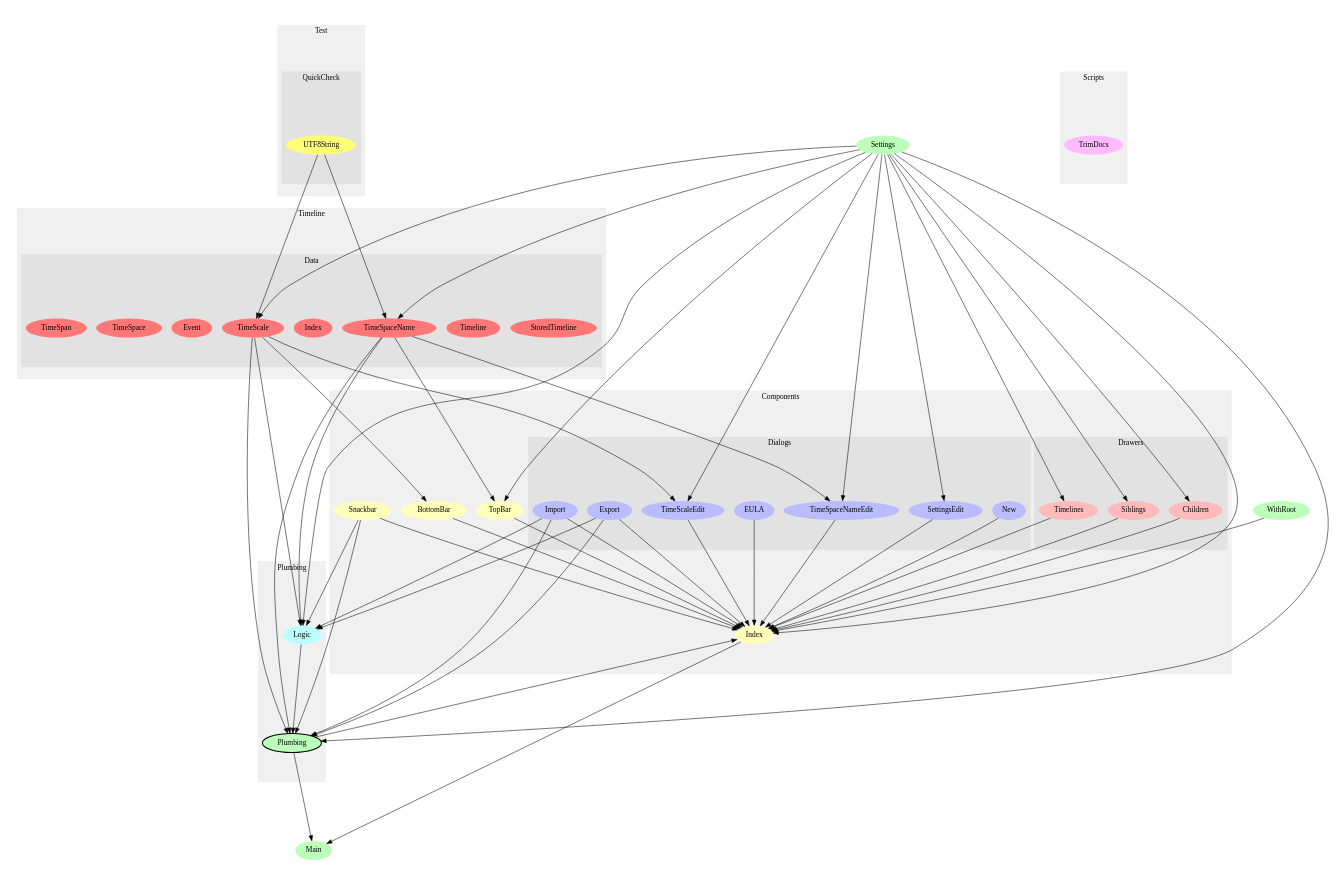
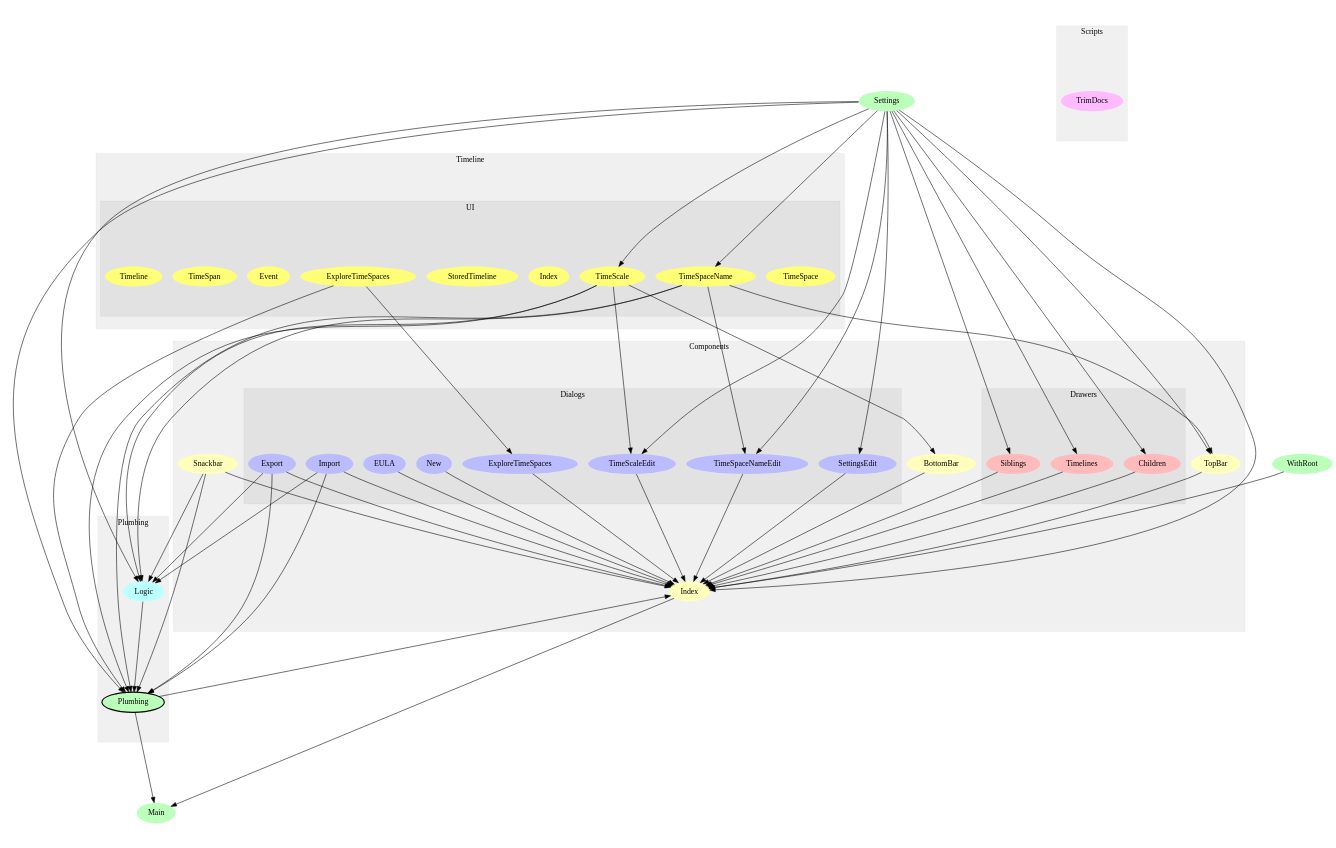
Before and after one commit to openchronology/openchronology.github.io: the diagram in graphs/modules.dot, drawn with Graphviz. The commit also changed 17 other files, not shown here.

Commit message:
TimeSpace Explorer working

```diff
--- a/graphs/modules.dot
+++ b/graphs/modules.dot
@@ -1,134 +1,124 @@
 digraph Modules {
 size="12,8";
 ratio="fill";
 u15[label="Settings",style="filled",fillcolor="#bbffbb",penwidth="0"];
-u16[label="Main",style="filled",fillcolor="#bbffbb",penwidth="0"];
-u17[label="WithRoot",style="filled",fillcolor="#bbffbb",penwidth="0"];
+u17[label="Main",style="filled",fillcolor="#bbffbb",penwidth="0"];
+u28[label="WithRoot",style="filled",fillcolor="#bbffbb",penwidth="0"];
 subgraph cluster_0 {
 label="Components";
 color="#0000000F";
 style="filled";
-u7[label="Index",style="filled",fillcolor="#ffffbb",penwidth="0"];
-u8[label="Snackbar",style="filled",fillcolor="#ffffbb",penwidth="0"];
+u0[label="BottomBar",style="filled",fillcolor="#ffffbb",penwidth="0"];
 u9[label="TopBar",style="filled",fillcolor="#ffffbb",penwidth="0"];
-u10[label="BottomBar",style="filled",fillcolor="#ffffbb",penwidth="0"];
+u10[label="Index",style="filled",fillcolor="#ffffbb",penwidth="0"];
+u11[label="Snackbar",style="filled",fillcolor="#ffffbb",penwidth="0"];
 subgraph cluster_1 {
 label="Dialogs";
 color="#0000000F";
 style="filled";
-u0[label="SettingsEdit",style="filled",fillcolor="#bbbbff",penwidth="0"];
-u1[label="New",style="filled",fillcolor="#bbbbff",penwidth="0"];
-u2[label="TimeScaleEdit",style="filled",fillcolor="#bbbbff",penwidth="0"];
-u3[label="TimeSpaceNameEdit",style="filled",fillcolor="#bbbbff",penwidth="0"];
-u4[label="EULA",style="filled",fillcolor="#bbbbff",penwidth="0"];
-u5[label="Export",style="filled",fillcolor="#bbbbff",penwidth="0"];
-u6[label="Import",style="filled",fillcolor="#bbbbff",penwidth="0"];
+u1[label="EULA",style="filled",fillcolor="#bbbbff",penwidth="0"];
+u2[label="Import",style="filled",fillcolor="#bbbbff",penwidth="0"];
+u3[label="ExploreTimeSpaces",style="filled",fillcolor="#bbbbff",penwidth="0"];
+u4[label="SettingsEdit",style="filled",fillcolor="#bbbbff",penwidth="0"];
+u5[label="TimeScaleEdit",style="filled",fillcolor="#bbbbff",penwidth="0"];
+u6[label="TimeSpaceNameEdit",style="filled",fillcolor="#bbbbff",penwidth="0"];
+u7[label="Export",style="filled",fillcolor="#bbbbff",penwidth="0"];
+u8[label="New",style="filled",fillcolor="#bbbbff",penwidth="0"];
 
 }
 subgraph cluster_2 {
 label="Drawers";
 color="#0000000F";
 style="filled";
-u11[label="Children",style="filled",fillcolor="#ffbbbb",penwidth="0"];
-u12[label="Timelines",style="filled",fillcolor="#ffbbbb",penwidth="0"];
-u13[label="Siblings",style="filled",fillcolor="#ffbbbb",penwidth="0"];
+u12[label="Siblings",style="filled",fillcolor="#ffbbbb",penwidth="0"];
+u13[label="Children",style="filled",fillcolor="#ffbbbb",penwidth="0"];
+u14[label="Timelines",style="filled",fillcolor="#ffbbbb",penwidth="0"];
 
 }
 
 }
 subgraph cluster_3 {
 label="Plumbing";
 color="#0000000F";
 style="filled";
-u14[label="Plumbing",style="filled,bold",fillcolor="#bbffbb"];
-u18[label="Logic",style="filled",fillcolor="#bbffff",penwidth="0"];
+u16[label="Plumbing",style="filled,bold",fillcolor="#bbffbb"];
+u27[label="Logic",style="filled",fillcolor="#bbffff",penwidth="0"];
 
 }
 subgraph cluster_4 {
 label="Scripts";
 color="#0000000F";
 style="filled";
-u19[label="TrimDocs",style="filled",fillcolor="#ffbbff",penwidth="0"];
+u29[label="TrimDocs",style="filled",fillcolor="#ffbbff",penwidth="0"];
 
 }
 subgraph cluster_5 {
-label="Test";
+label="Timeline";
 color="#0000000F";
 style="filled";
 subgraph cluster_6 {
-label="QuickCheck";
+label="UI";
 color="#0000000F";
 style="filled";
-u20[label="UTF8String",style="filled",fillcolor="#ffff77",penwidth="0"];
+u18[label="TimeSpace",style="filled",fillcolor="#ffff77",penwidth="0"];
+u19[label="ExploreTimeSpaces",style="filled",fillcolor="#ffff77",penwidth="0"];
+u20[label="TimeScale",style="filled",fillcolor="#ffff77",penwidth="0"];
+u21[label="Index",style="filled",fillcolor="#ffff77",penwidth="0"];
+u22[label="StoredTimeline",style="filled",fillcolor="#ffff77",penwidth="0"];
+u23[label="TimeSpaceName",style="filled",fillcolor="#ffff77",penwidth="0"];
+u24[label="Event",style="filled",fillcolor="#ffff77",penwidth="0"];
+u25[label="TimeSpan",style="filled",fillcolor="#ffff77",penwidth="0"];
+u26[label="Timeline",style="filled",fillcolor="#ffff77",penwidth="0"];
 
 }
 
 }
-subgraph cluster_7 {
-label="Timeline";
-color="#0000000F";
-style="filled";
-subgraph cluster_8 {
-label="Data";
-color="#0000000F";
-style="filled";
-u21[label="StoredTimeline",style="filled",fillcolor="#ff7777",penwidth="0"];
-u22[label="Timeline",style="filled",fillcolor="#ff7777",penwidth="0"];
-u23[label="TimeSpaceName",style="filled",fillcolor="#ff7777",penwidth="0"];
-u24[label="Index",style="filled",fillcolor="#ff7777",penwidth="0"];
-u25[label="TimeScale",style="filled",fillcolor="#ff7777",penwidth="0"];
-u26[label="Event",style="filled",fillcolor="#ff7777",penwidth="0"];
-u27[label="TimeSpace",style="filled",fillcolor="#ff7777",penwidth="0"];
-u28[label="TimeSpan",style="filled",fillcolor="#ff7777",penwidth="0"];
+u20 -> u0;
+u19 -> u3;
+u15 -> u4;
+u15 -> u5;
+u20 -> u5;
+u15 -> u6;
+u23 -> u6;
+u15 -> u9;
+u23 -> u9;
+u0 -> u10;
+u1 -> u10;
+u2 -> u10;
+u3 -> u10;
+u4 -> u10;
+u5 -> u10;
+u6 -> u10;
+u7 -> u10;
+u8 -> u10;
+u9 -> u10;
+u11 -> u10;
+u12 -> u10;
+u13 -> u10;
+u14 -> u10;
+u15 -> u10;
+u16 -> u10;
+u28 -> u10;
+u15 -> u12;
+u15 -> u13;
+u15 -> u14;
+u2 -> u16;
+u7 -> u16;
+u11 -> u16;
+u15 -> u16;
+u19 -> u16;
+u20 -> u16;
+u23 -> u16;
+u27 -> u16;
+u10 -> u17;
+u16 -> u17;
+u15 -> u20;
+u15 -> u23;
+u2 -> u27;
+u7 -> u27;
+u11 -> u27;
+u15 -> u27;
+u20 -> u27;
+u23 -> u27;
 
 }
-
-}
-u15 -> u0;
-u15 -> u2;
-u25 -> u2;
-u15 -> u3;
-u23 -> u3;
-u0 -> u7;
-u1 -> u7;
-u2 -> u7;
-u3 -> u7;
-u4 -> u7;
-u5 -> u7;
-u6 -> u7;
-u8 -> u7;
-u9 -> u7;
-u10 -> u7;
-u11 -> u7;
-u12 -> u7;
-u13 -> u7;
-u14 -> u7;
-u15 -> u7;
-u17 -> u7;
-u15 -> u9;
-u23 -> u9;
-u25 -> u10;
-u15 -> u11;
-u15 -> u12;
-u15 -> u13;
-u5 -> u14;
-u6 -> u14;
-u8 -> u14;
-u15 -> u14;
-u18 -> u14;
-u23 -> u14;
-u25 -> u14;
-u7 -> u16;
-u14 -> u16;
-u5 -> u18;
-u6 -> u18;
-u8 -> u18;
-u15 -> u18;
-u23 -> u18;
-u25 -> u18;
-u15 -> u23;
-u20 -> u23;
-u15 -> u25;
-u20 -> u25;
-
-}
```
